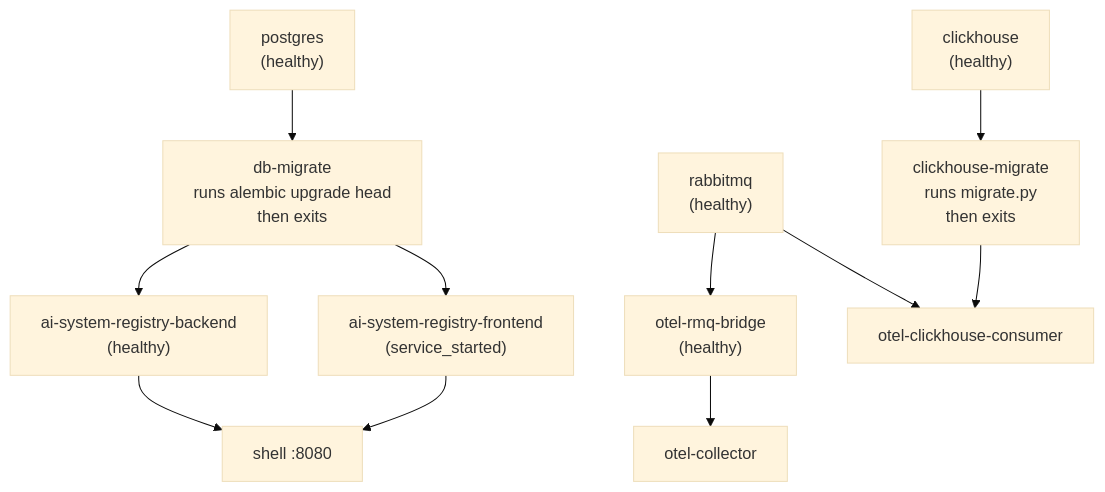
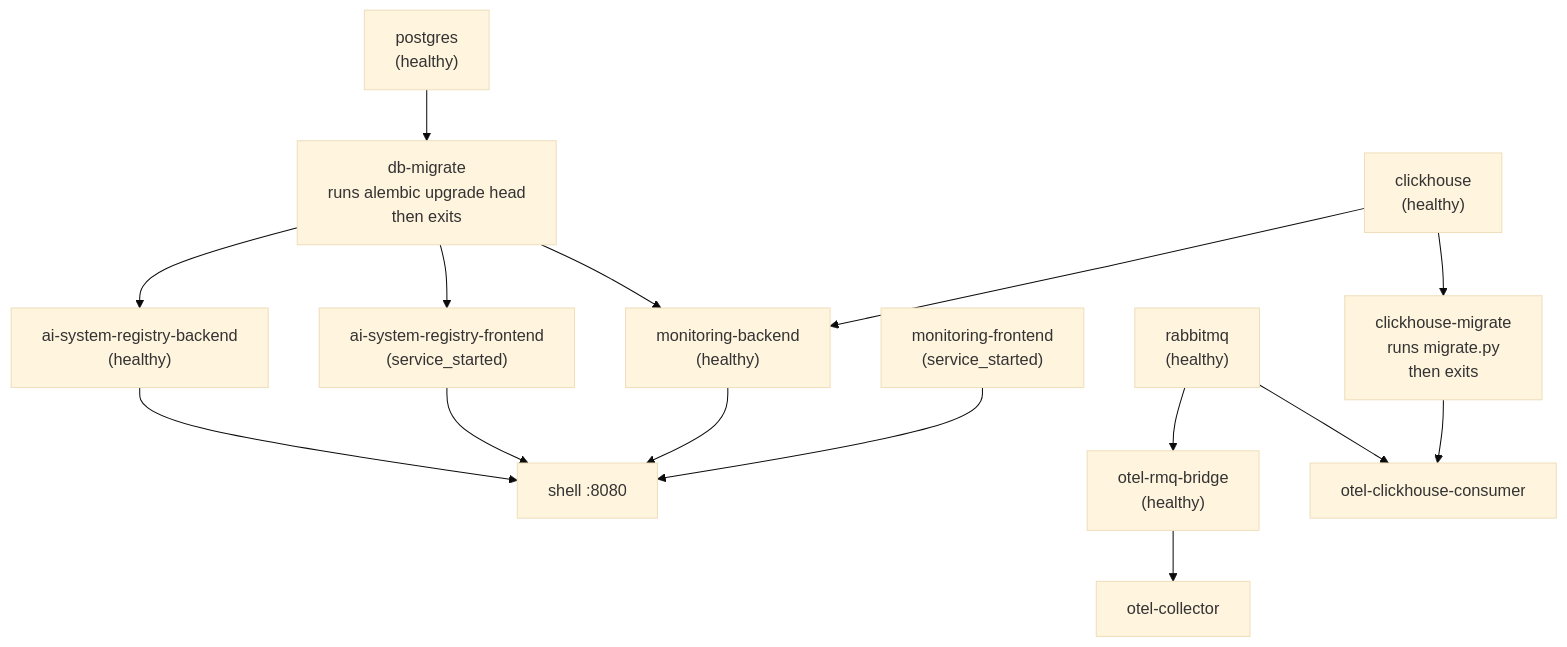
One commit to AI-Trust-Services/ai-trust-platform changed the second of 2 diagrams in docs/architecture.md. Above: the diagram before and after it, drawn with Mermaid (base theme). The commit also changed other lines of this file and 17 other files, not shown here.

````diff
--- a/docs/architecture.md
+++ b/docs/architecture.md
@@ -58,27 +63,33 @@
 ```mermaid
 flowchart TD
     PG["postgres\n(healthy)"]
     Migrate["db-migrate\nruns alembic upgrade head\nthen exits"]
     Backend["ai-system-registry-backend\n(healthy)"]
     Frontend["ai-system-registry-frontend\n(service_started)"]
+    MonBackend["monitoring-backend\n(healthy)"]
+    MonFrontend["monitoring-frontend\n(service_started)"]
     Shell["shell :8080"]
     RMQ["rabbitmq\n(healthy)"]
     Bridge["otel-rmq-bridge\n(healthy)"]
     Collector["otel-collector"]
     CH["clickhouse\n(healthy)"]
     CHMigrate["clickhouse-migrate\nruns migrate.py\nthen exits"]
     CHConsumer["otel-clickhouse-consumer"]
 
     PG --> Migrate
     Migrate --> Backend
     Migrate --> Frontend
+    Migrate --> MonBackend
+    CH --> MonBackend
     Backend --> Shell
     Frontend --> Shell
+    MonBackend --> Shell
+    MonFrontend --> Shell
 
     RMQ --> Bridge
     Bridge --> Collector
 
     CH --> CHMigrate
     CHMigrate --> CHConsumer
     RMQ --> CHConsumer
 ```
````
